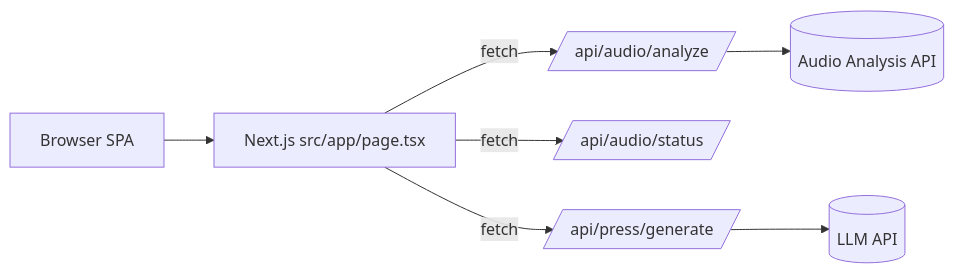
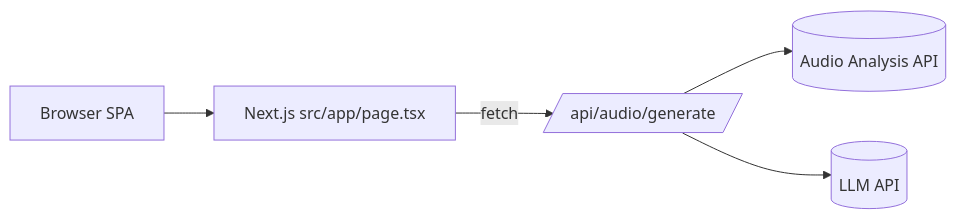
Before and after one commit to RafalWojciechRolsky/artist-amplifier: the first of 3 diagrams in docs/architecture.md, drawn with Mermaid. The commit also changed other lines of this file and 5 other files, not shown here.

Commit message:
refactor: simplify MVP architecture by merging BFF endpoints and removing streaming

````diff
--- a/docs/architecture.md
+++ b/docs/architecture.md
@@ -57,9 +53,7 @@
 ```mermaid
 flowchart LR
   User[Browser SPA] --> Page[Next.js src/app/page.tsx]
-  Page -->|fetch| API1[/api/audio/analyze/]
-  Page -->|fetch| API3[/api/audio/status/]
-  Page -->|fetch| API2[/api/press/generate/]
-  API1 --> AudioAPI[(Audio Analysis API)]
-  API2 --> LLM[(LLM API)]
+  Page -->|fetch| API[/api/audio/generate/]
+  API --> AudioAPI[(Audio Analysis API)]
+  API --> LLM[(LLM API)]
 ```
````
